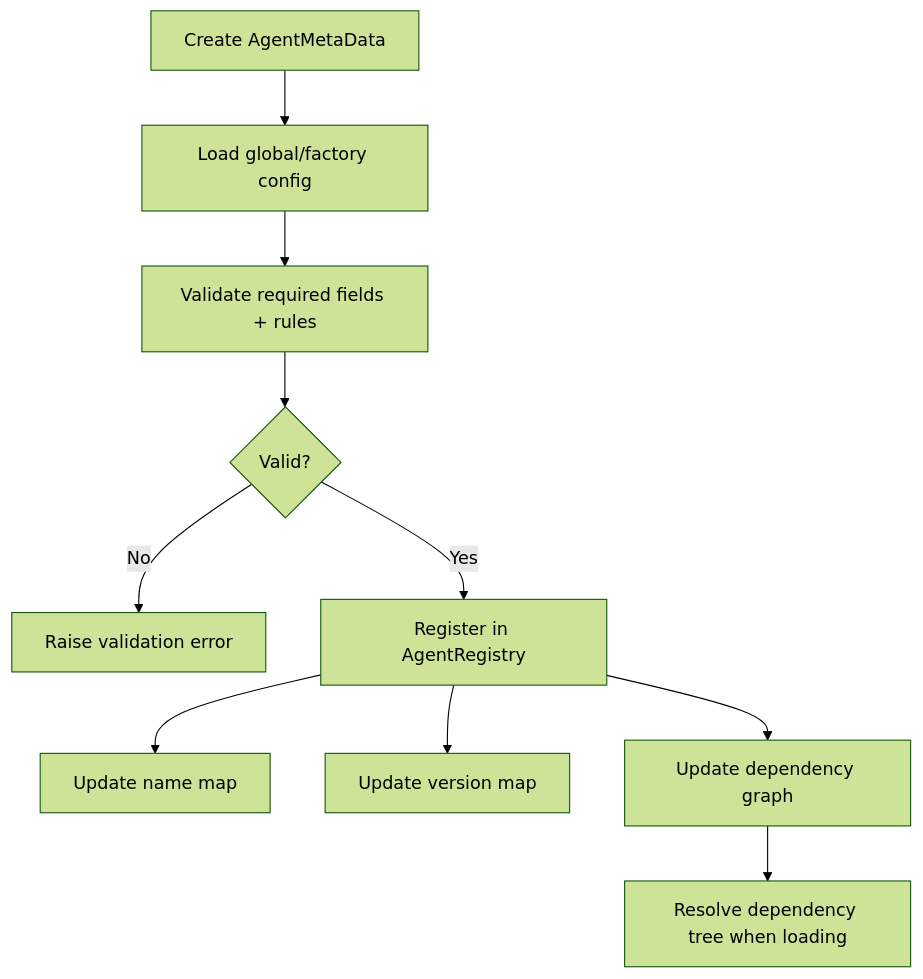
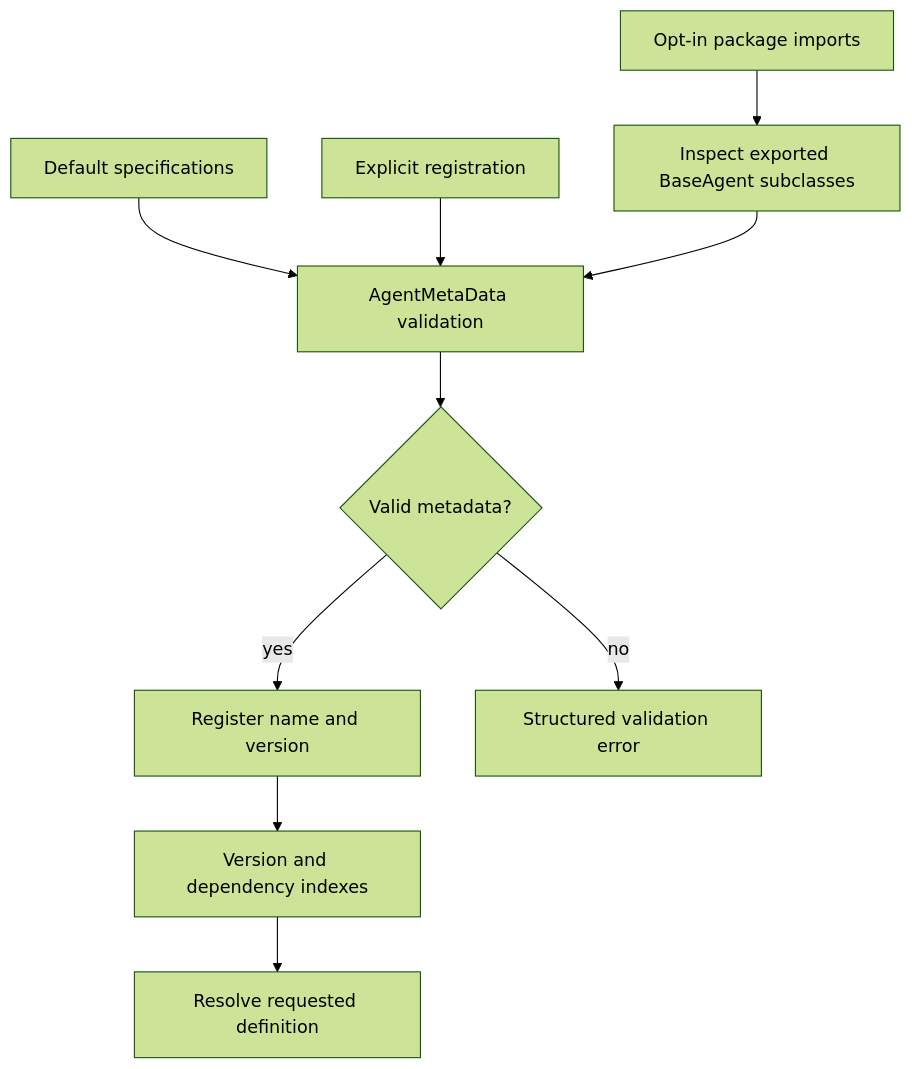
Before and after one commit to The-Outsider-97/SLAI: the first of 2 diagrams in src/agents/factory/README.md, drawn with Mermaid (forest theme). The commit also changed other lines of this file, not shown here.

````diff
--- a/src/agents/factory/README.md
+++ b/src/agents/factory/README.md
@@ -41,12 +37,12 @@
 ```mermaid
 flowchart TD
-    A[Create AgentMetaData] --> B[Load global/factory config]
-    B --> C[Validate required fields + rules]
-    C --> D{Valid?}
-    D -- No --> E[Raise validation error]
-    D -- Yes --> F[Register in AgentRegistry]
-    F --> G[Update name map]
-    F --> H[Update version map]
-    F --> I[Update dependency graph]
-    I --> J[Resolve dependency tree when loading]
+    Static[Default specifications] --> Metadata[AgentMetaData validation]
+    Custom[Explicit registration] --> Metadata
+    Discover[Opt-in package imports] --> Inspect[Inspect exported BaseAgent subclasses]
+    Inspect --> Metadata
+    Metadata --> Valid{Valid metadata?}
+    Valid -->|yes| Registry[Register name and version]
+    Valid -->|no| Error[Structured validation error]
+    Registry --> Index[Version and dependency indexes]
+    Index --> Resolve[Resolve requested definition]
 ```
````
